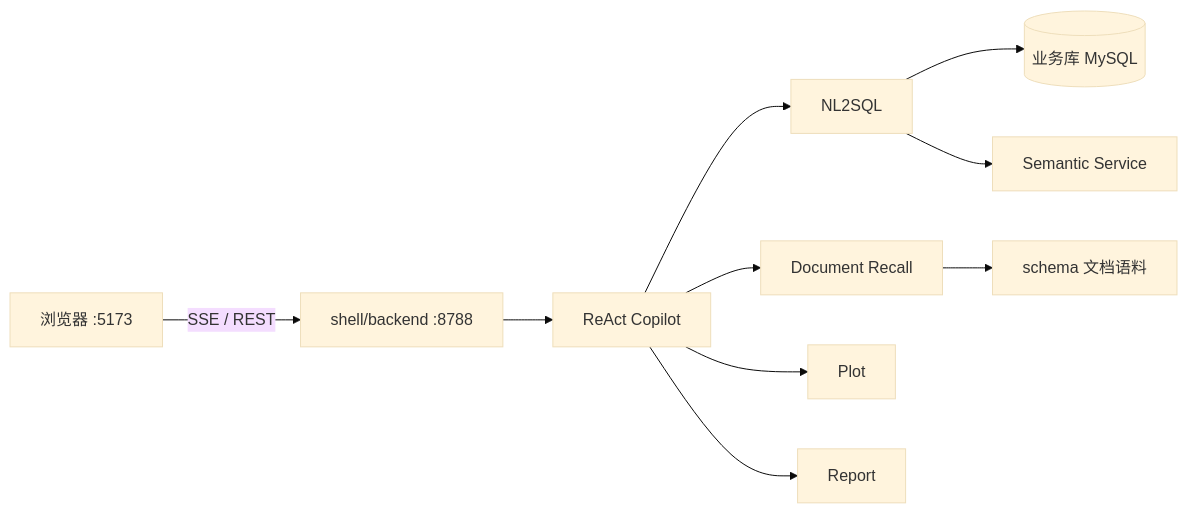
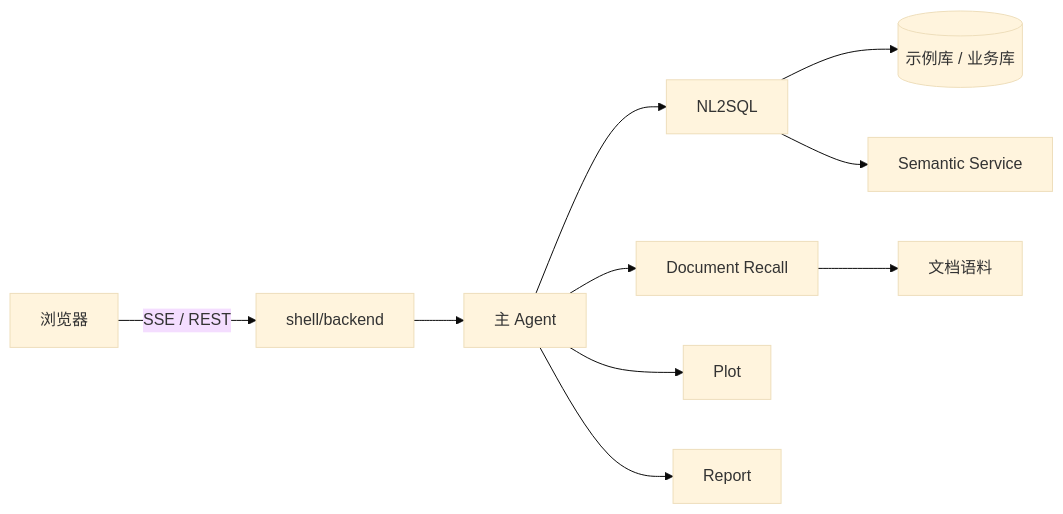
One commit to HongxHH/DataX changed the diagram in README.md. Above: the diagram before and after it, drawn with Mermaid (base theme). The commit also changed other lines of this file and 1 other file, not shown here.

````diff
--- a/README.md
+++ b/README.md
@@ -28,12 +63,12 @@
 ```mermaid
 flowchart LR
-  Browser["浏览器 :5173"] -->|SSE / REST| Shell["shell/backend :8788"]
-  Shell --> Copilot["ReAct Copilot"]
+  Browser["浏览器"] -->|SSE / REST| Shell["shell/backend"]
+  Shell --> Copilot["主 Agent"]
   Copilot --> NL2SQL
   Copilot --> Docs["Document Recall"]
   Copilot --> Plot
   Copilot --> Report
-  NL2SQL --> MySQL[(业务库 MySQL)]
+  NL2SQL --> MySQL[(示例库 / 业务库)]
   NL2SQL --> Semantic["Semantic Service"]
-  Docs --> MD["schema 文档语料"]
+  Docs --> MD["文档语料"]
 ```
````
